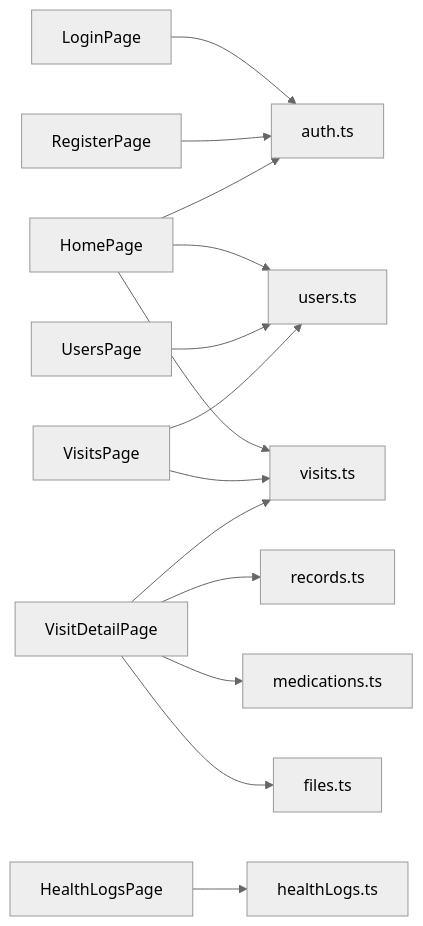
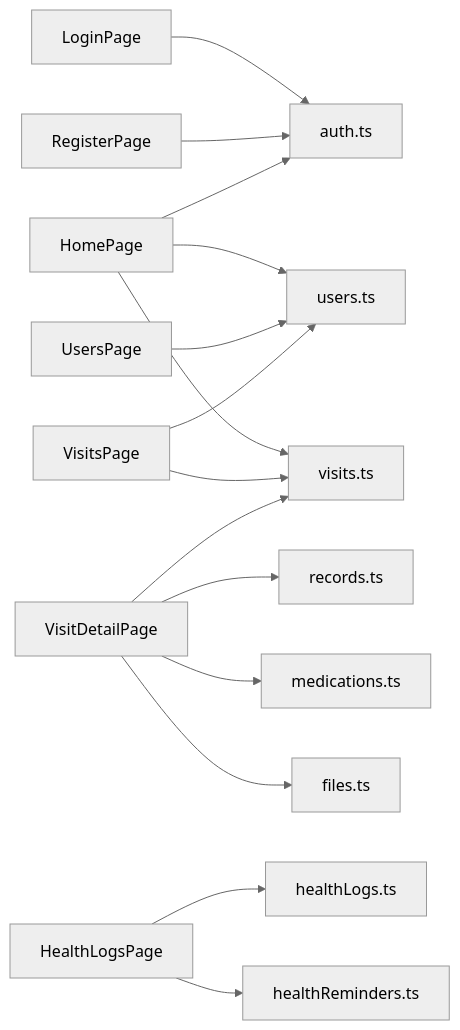
One commit to ayxixi/medical-system changed the sixth of 8 diagrams in docs/ARCHITECTURE.md. Above: the diagram before and after it, drawn with Mermaid (neutral theme). The commit also changed other lines of this file and 27 other files, not shown here.

Commit message:
feat: add health diary reminders (#67)

````diff
--- a/docs/ARCHITECTURE.md
+++ b/docs/ARCHITECTURE.md
@@ -403,16 +410,17 @@
 ```mermaid
 flowchart LR
   Login[LoginPage] --> AuthApi[auth.ts]
   Register[RegisterPage] --> AuthApi
   Home[HomePage] --> AuthApi
   Home --> UsersApi[users.ts]
   Home --> VisitsApi[visits.ts]
   Users[UsersPage] --> UsersApi
   Visits[VisitsPage] --> UsersApi
   Visits --> VisitsApi
   VisitDetail[VisitDetailPage] --> VisitsApi
   VisitDetail --> RecordsApi[records.ts]
   VisitDetail --> MedicationsApi[medications.ts]
   VisitDetail --> FilesApi[files.ts]
   HealthLogs[HealthLogsPage] --> HealthLogsApi[healthLogs.ts]
+  HealthLogs --> HealthRemindersApi[healthReminders.ts]
 ```
````
